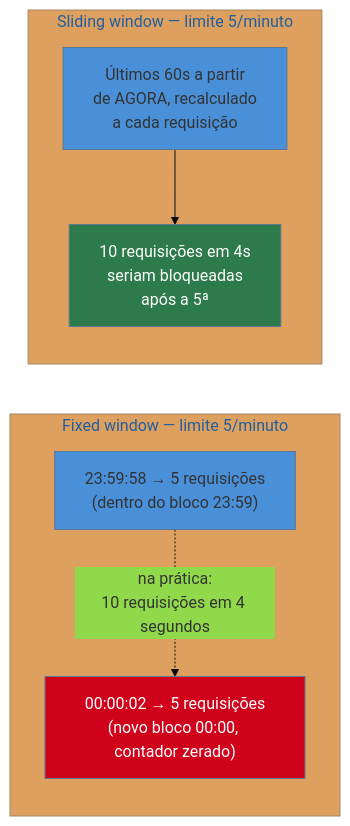
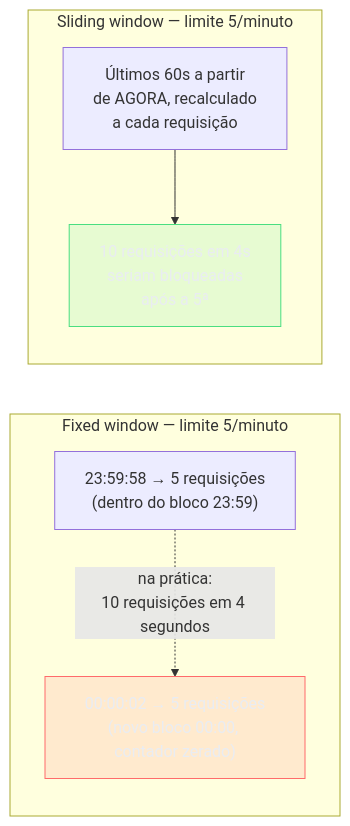
One commit to josenaldo/codex-technomanticus changed the second of 3 diagrams in 03-Dominios/Tecnologia/Python/Segurança/08 - Rate limiting e proteção contra abuso.md. Above: the diagram before and after it, drawn with Mermaid. The commit also changed other lines of this file and 1181 other files, not shown here.

First line of the commit message:
fix(diagramas): paleta do sistema no lugar de cor cravada no markdown

````diff
--- a/03-Dominios/Tecnologia/Python/Segurança/08 - Rate limiting e proteção contra abuso.md
+++ b/03-Dominios/Tecnologia/Python/Segurança/08 - Rate limiting e proteção contra abuso.md
@@ -91,20 +94,21 @@
 ```mermaid
-%%{init: {"theme": "base", "themeVariables": {"primaryColor": "#4A90D9"}}}%%
 flowchart LR
+    classDef falha fill:#FF6B6B24,stroke:#FF6B6B,color:#E9ECF2
+    classDef ok fill:#4ADE8021,stroke:#4ADE80,color:#E9ECF2
     subgraph FW["Fixed window — limite 5/minuto"]
         direction TB
         FW1["23:59:58 → 5 requisições\n(dentro do bloco 23:59)"]
         FW2["00:00:02 → 5 requisições\n(novo bloco 00:00, contador zerado)"]
         FW1 -.->|"na prática:\n10 requisições em 4 segundos"| FW2
     end
 
     subgraph SW["Sliding window — limite 5/minuto"]
         direction TB
         SW1["Últimos 60s a partir\nde AGORA, recalculado\na cada requisição"]
         SW2["10 requisições em 4s\nseriam bloqueadas\napós a 5ª"]
         SW1 --> SW2
     end
 
-    style FW2 fill:#D0021B,color:#fff
-    style SW2 fill:#2d7a4a,color:#fff
+    class FW2 falha
+    class SW2 ok
 ```
````
